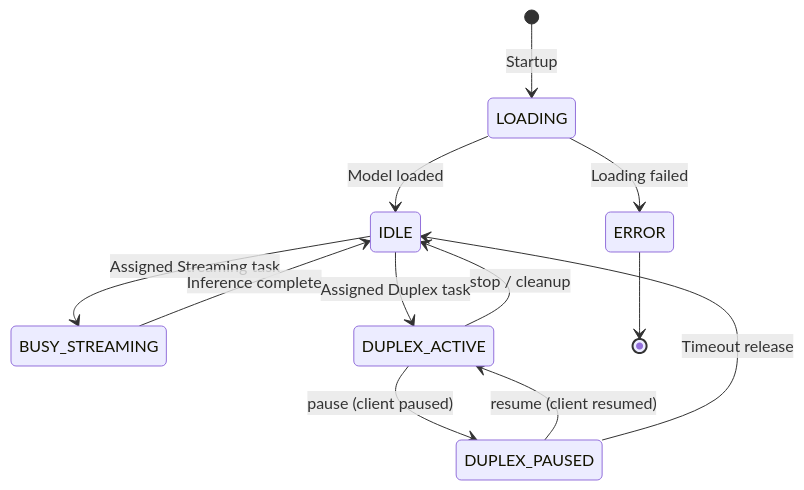
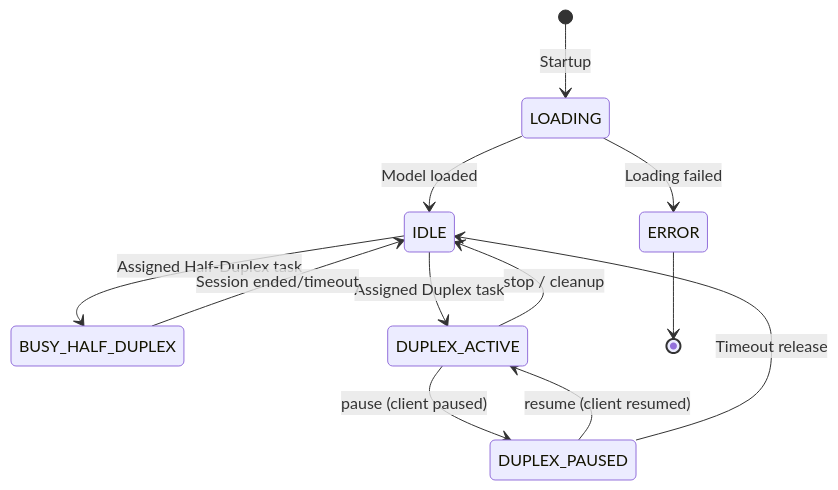
Before and after one commit to OpenBMB/minicpm-o-4_5-pytorch-simple-demo: the fourth of 5 diagrams in docs/en/architecture/internals.md, drawn with Mermaid. The commit also changed 50 other files, not shown here.

Commit message:
Add half duplex docs

````diff
--- a/docs/en/architecture/internals.md
+++ b/docs/en/architecture/internals.md
@@ -156,18 +156,18 @@
 ```mermaid
 stateDiagram-v2
     [*] --> LOADING: Startup
     LOADING --> IDLE: Model loaded
     LOADING --> ERROR: Loading failed
 
-    IDLE --> BUSY_STREAMING: Assigned Streaming task
+    IDLE --> BUSY_HALF_DUPLEX: Assigned Half-Duplex task
     IDLE --> DUPLEX_ACTIVE: Assigned Duplex task
 
-    BUSY_STREAMING --> IDLE: Inference complete
+    BUSY_HALF_DUPLEX --> IDLE: Session ended/timeout
 
     DUPLEX_ACTIVE --> DUPLEX_PAUSED: pause (client paused)
     DUPLEX_PAUSED --> DUPLEX_ACTIVE: resume (client resumed)
     DUPLEX_PAUSED --> IDLE: Timeout release
     DUPLEX_ACTIVE --> IDLE: stop / cleanup
 
     ERROR --> [*]
 ```
````
